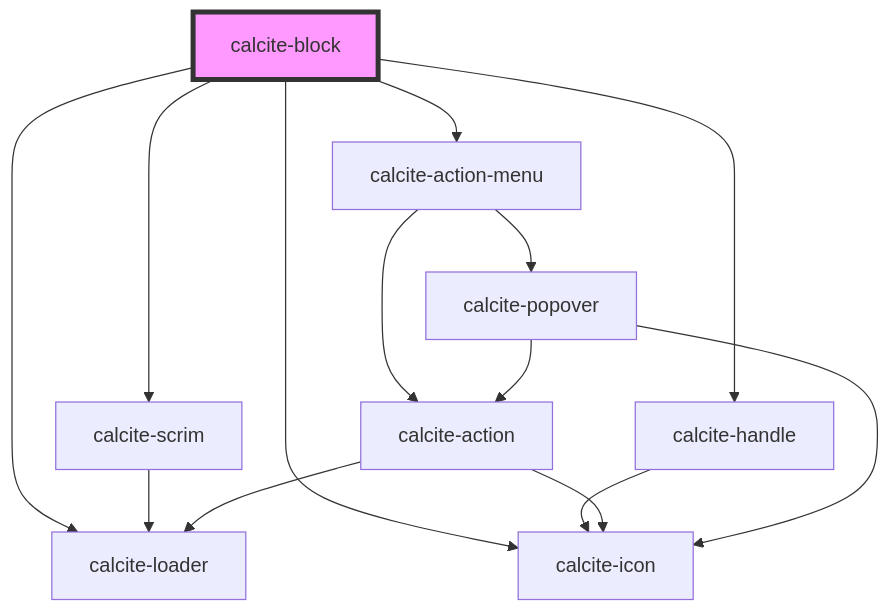
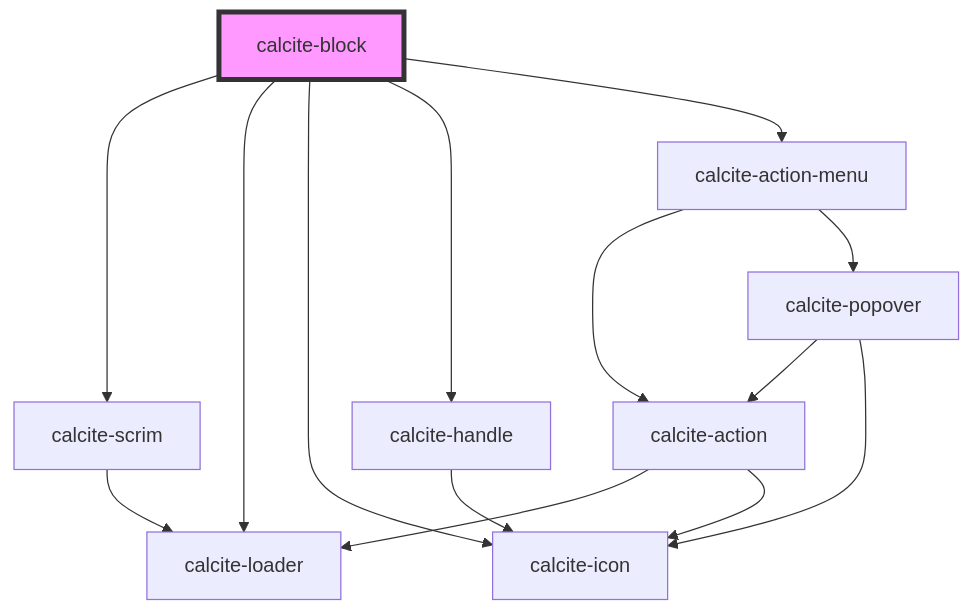
One commit to vikivakarvc/calcite-design-system changed the diagram in packages/calcite-components/src/components/block/readme.md. Above: the diagram before and after it, drawn with Mermaid. The commit also changed other lines of this file and 91 other files, not shown here.

````diff
--- a/packages/calcite-components/src/components/block/readme.md
+++ b/packages/calcite-components/src/components/block/readme.md
@@ -105,17 +129,17 @@
 ```mermaid
 graph TD;
   calcite-block --> calcite-scrim
+  calcite-block --> calcite-loader
   calcite-block --> calcite-icon
   calcite-block --> calcite-handle
-  calcite-block --> calcite-loader
   calcite-block --> calcite-action-menu
   calcite-scrim --> calcite-loader
   calcite-handle --> calcite-icon
   calcite-action-menu --> calcite-action
   calcite-action-menu --> calcite-popover
   calcite-action --> calcite-loader
   calcite-action --> calcite-icon
   calcite-popover --> calcite-action
   calcite-popover --> calcite-icon
   style calcite-block fill:#f9f,stroke:#333,stroke-width:4px
 ```
````
